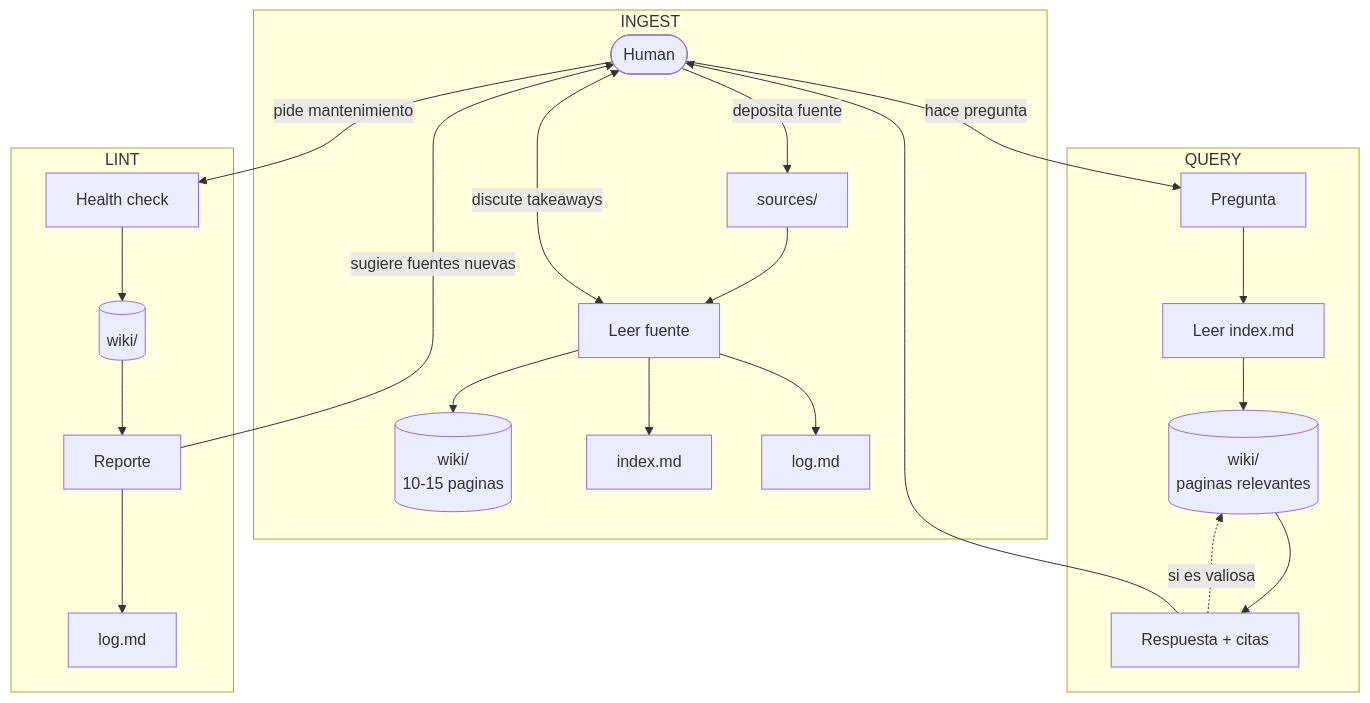
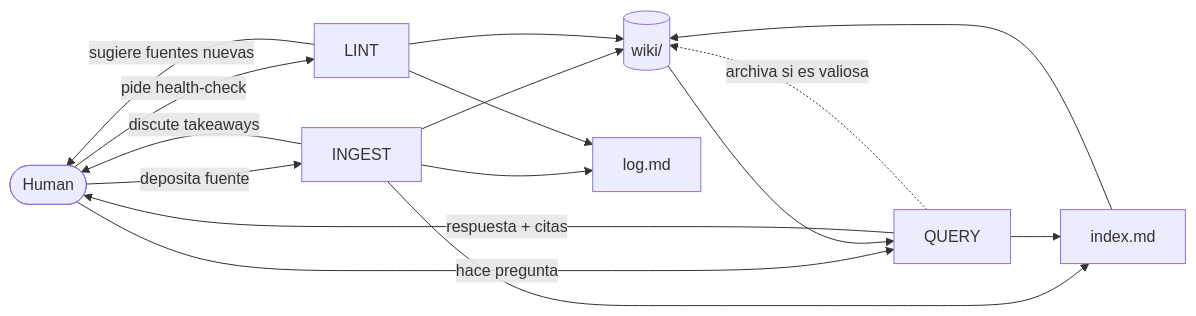
Before and after one commit to devsart95/LlmBrain-AK: the diagram in README.md, drawn with Mermaid.

Commit message:
fix: simplificar diagrama Mermaid para compatibilidad con GitHub
Eliminar subgraphs, backslash-n en labels y flechas bidireccionales
que causaban fallo de rendering.

````diff
--- a/README.md
+++ b/README.md
@@ -61,31 +61,25 @@
 ```mermaid
-flowchart TD
+flowchart LR
     H([Human])
+    W[(wiki/)]
+    IDX[index.md]
+    LOG[log.md]
 
-    subgraph INGEST
-        S[sources/] --> IG[Leer fuente]
-        IG <-->|discute takeaways| H
-        IG --> W[(wiki/\n10-15 paginas)]
-        IG --> IDX[index.md]
-        IG --> LOG[log.md]
-    end
+    H -->|deposita fuente| IG[INGEST]
+    IG -->|discute takeaways| H
+    IG --> W
+    IG --> IDX
+    IG --> LOG
 
-    subgraph QUERY
-        Q[Pregunta] --> IDX2[Leer index.md]
-        IDX2 --> WQ[(wiki/\npaginas relevantes)]
-        WQ --> R[Respuesta + citas]
-        R -.->|si es valiosa| WQ
-        R --> H
-    end
+    H -->|hace pregunta| Q[QUERY]
+    Q --> IDX
+    IDX --> W
+    W --> Q
+    Q -->|respuesta + citas| H
+    Q -.->|archiva si es valiosa| W
 
-    subgraph LINT
-        L[Health check] --> WL[(wiki/)]
-        WL --> REP[Reporte]
-        REP --> LOG2[log.md]
-        REP -->|sugiere fuentes nuevas| H
-    end
-
-    H -->|deposita fuente| S
-    H -->|hace pregunta| Q
-    H -->|pide mantenimiento| L
+    H -->|pide health-check| L[LINT]
+    L --> W
+    L --> LOG
+    L -->|sugiere fuentes nuevas| H
 ```
````
